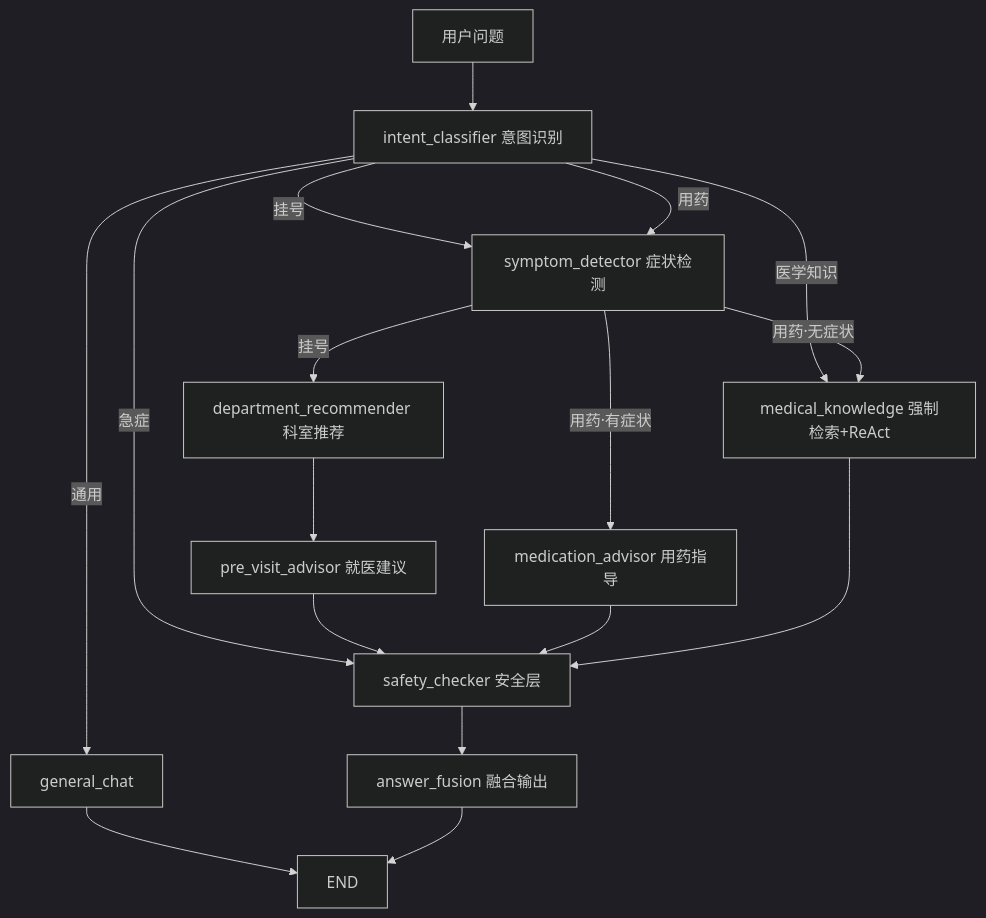
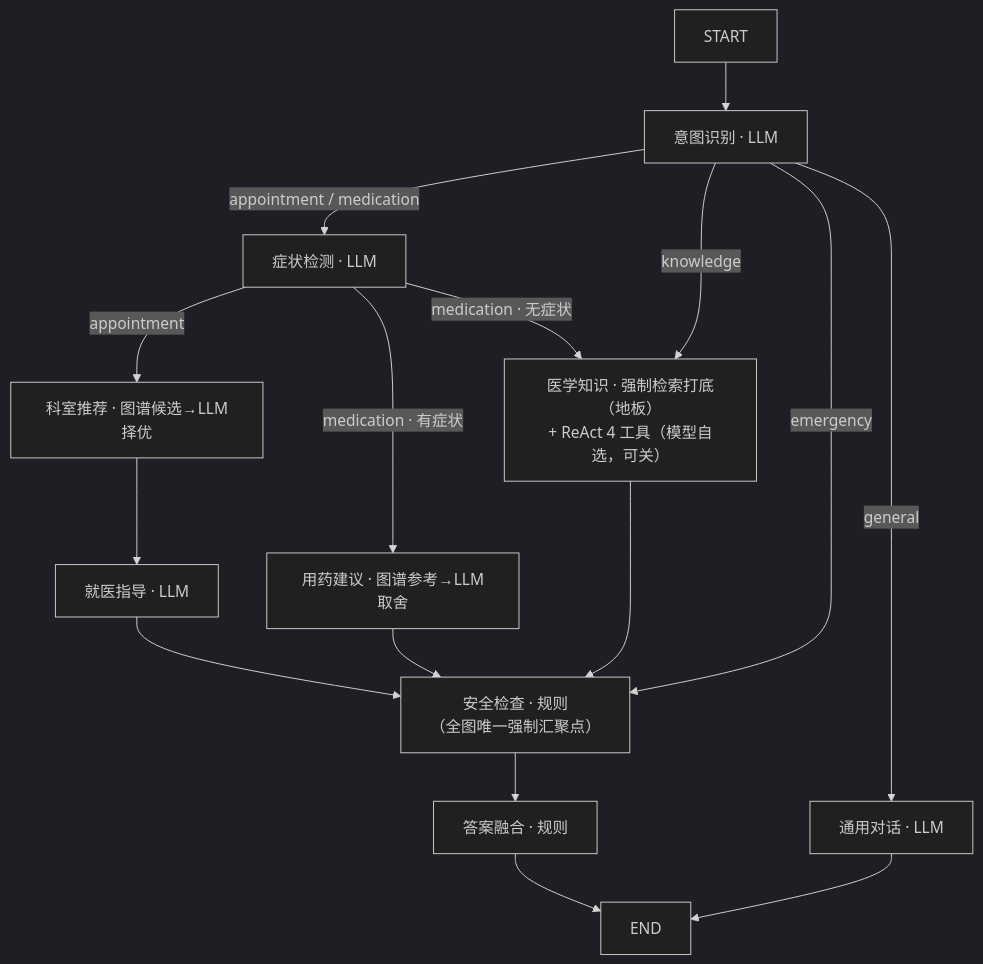
The diagram in README.md (constantlybeyond/SmartMedicalConsultation), drawn with Mermaid (dark theme) before and after one commit. The commit also changed other lines of this file and 2 other files, not shown here.

First line of the commit message:
docs: TDD 项目结构与 Schema 契约表按真实代码校正，README/PRD 口径对齐

````diff
--- a/README.md
+++ b/README.md
@@ -52,16 +57,17 @@
 ```mermaid
 flowchart TD
-    A[用户问题] --> B[intent_classifier 意图识别]
-    B -->|挂号| C[symptom_detector 症状检测]
-    B -->|用药| C
-    B -->|医学知识| F[medical_knowledge 强制检索+ReAct]
-    B -->|急症| H[safety_checker 安全层]
-    B -->|通用| G[general_chat] --> END
-    C -->|挂号| D[department_recommender 科室推荐]
-    C -->|用药·无症状| F
-    C -->|用药·有症状| E[medication_advisor 用药指导]
-    D --> P[pre_visit_advisor 就医建议] --> H
-    E --> H
-    F --> H
-    H --> Z[answer_fusion 融合输出] --> END
+    START --> IC[意图识别 · LLM]
+    IC -->|appointment / medication| SD[症状检测 · LLM]
+    IC -->|knowledge| MK[医学知识 · 强制检索打底（地板）<br/>+ ReAct 4 工具（模型自选，可关）]
+    IC -->|emergency| SC[安全检查 · 规则<br/>（全图唯一强制汇聚点）]
+    IC -->|general| GC[通用对话 · LLM] --> END
+
+    SD -->|appointment| DR[科室推荐 · 图谱候选→LLM择优]
+    SD -->|medication · 有症状| MA[用药建议 · 图谱参考→LLM取舍]
+    SD -->|medication · 无症状| MK
+
+    DR --> PV[就医指导 · LLM] --> SC
+    MA --> SC
+    MK --> SC
+    SC --> AF[答案融合 · 规则] --> END
 ```
````
